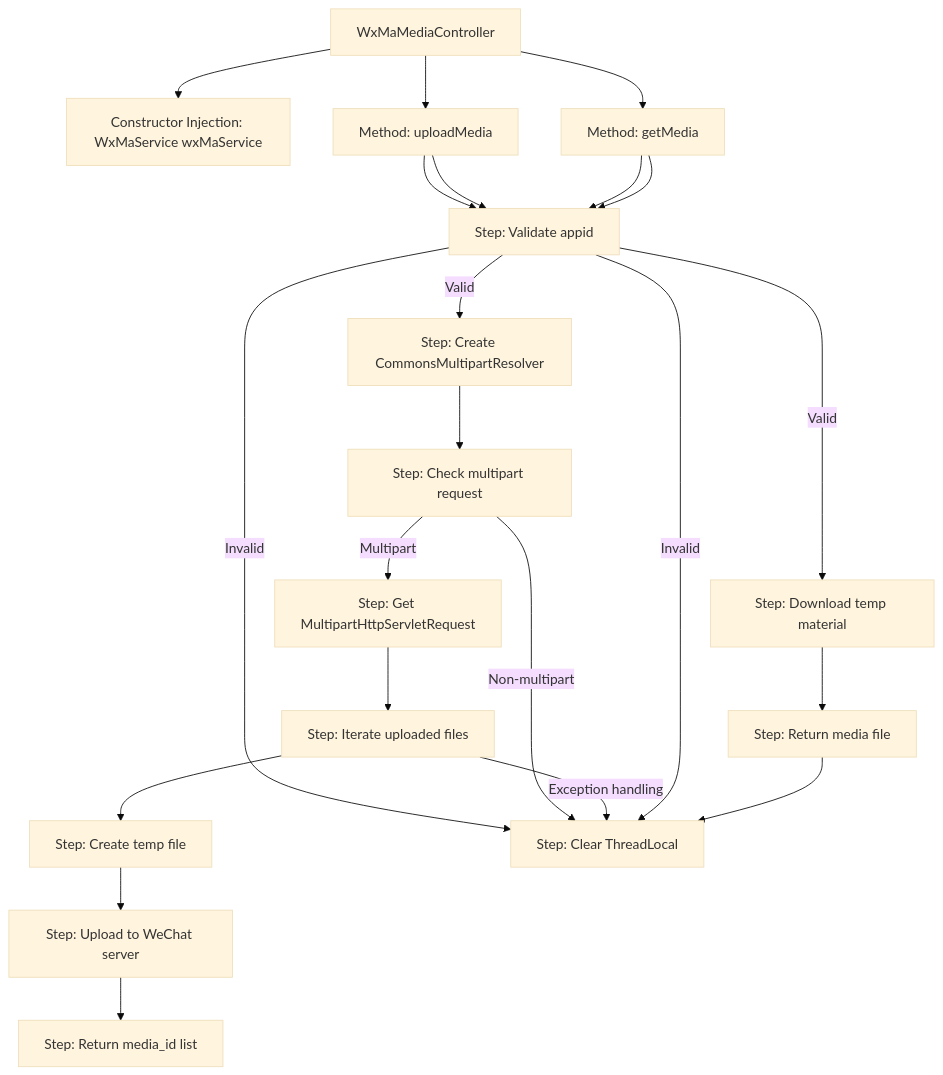
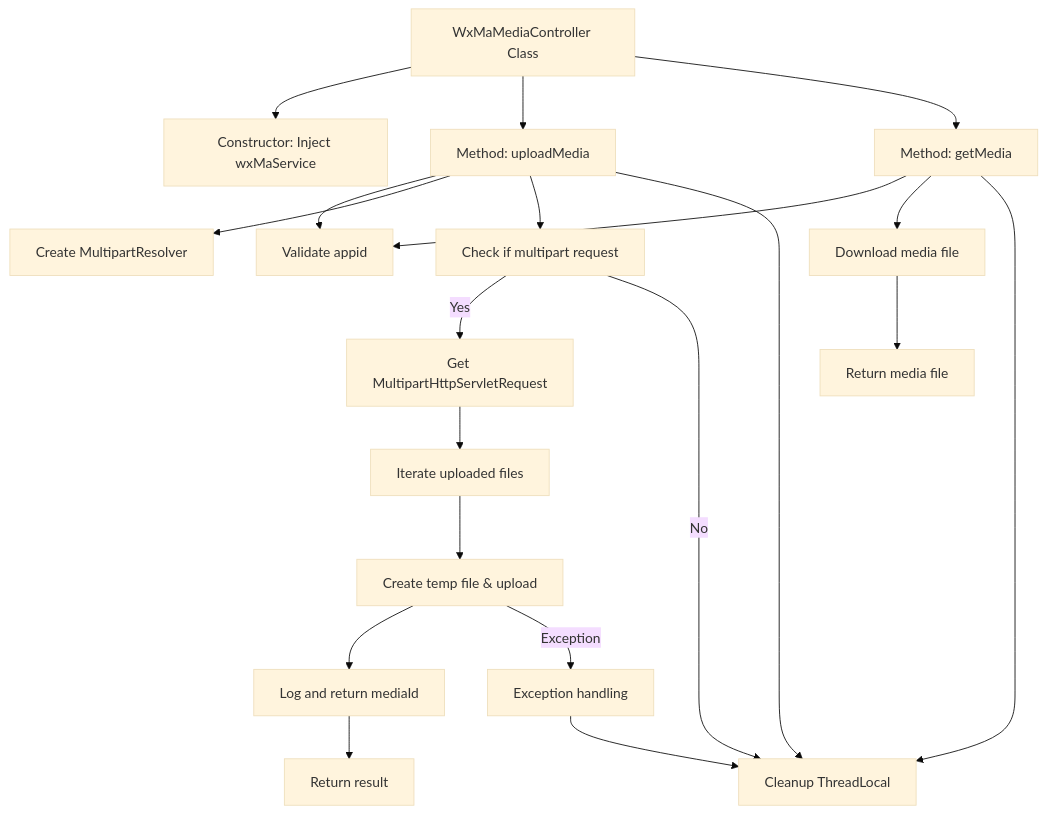
The second of 2 diagrams in docs/en/docs/src/main/java/com/github/binarywang/demo/wx/miniapp/controller/WxMaMediaController.md (v-wjrong/rongwj666_weixin-java-miniapp-demo), drawn with Mermaid (base theme) before and after one commit. The commit also changed other lines of this file and 49 other files, not shown here.

````diff
--- a/docs/en/docs/src/main/java/com/github/binarywang/demo/wx/miniapp/controller/WxMaMediaController.md
+++ b/docs/en/docs/src/main/java/com/github/binarywang/demo/wx/miniapp/controller/WxMaMediaController.md
@@ -95,28 +77,39 @@
 ```mermaid
 graph TD
-    A["WxMaMediaController"]
-    B["Constructor Injection: WxMaService wxMaService"]
+    A["WxMaMediaController Class"]
+    B["Constructor: Inject wxMaService"]
     C["Method: uploadMedia"]
     D["Method: getMedia"]
-    E["Step: Validate appid"]
-    F["Step: Create CommonsMultipartResolver"]
-    G["Step: Check multipart request"]
-    H["Step: Get MultipartHttpServletRequest"]
-    I["Step: Iterate uploaded files"]
-    J["Step: Create temp file"]
-    K["Step: Upload to WeChat server"]
-    L["Step: Clear ThreadLocal"]
-    M["Step: Return media_id list"]
-    N["Step: Download temp material"]
-    O["Step: Return media file"]
+    E["Validate appid"]
+    F["Create MultipartResolver"]
+    G["Check if multipart request"]
+    H["Get MultipartHttpServletRequest"]
+    I["Iterate uploaded files"]
+    J["Create temp file & upload"]
+    K["Log and return mediaId"]
+    L["Exception handling"]
+    M["Cleanup ThreadLocal"]
+    N["Return result"]
+    O["Download media file"]
+    P["Return media file"]
 
     A --> B
     A --> C
     A --> D
-    C --> E -->|Invalid| L
-    C --> E -->|Valid| F --> G -->|Non-multipart| L
-    G -->|Multipart| H --> I --> J --> K --> M
-    I -->|Exception handling| L
-    D --> E -->|Invalid| L
-    D --> E -->|Valid| N --> O --> L
+    C --> E
+    C --> F
+    C --> G
+    G -->|Yes| H
+    G -->|No| M
+    H --> I
+    I --> J
+    J --> K
+    K --> N
+    J -->|Exception| L
+    L --> M
+    C --> M
+    D --> E
+    D --> O
+    O --> P
+    D --> M
 ```
````
